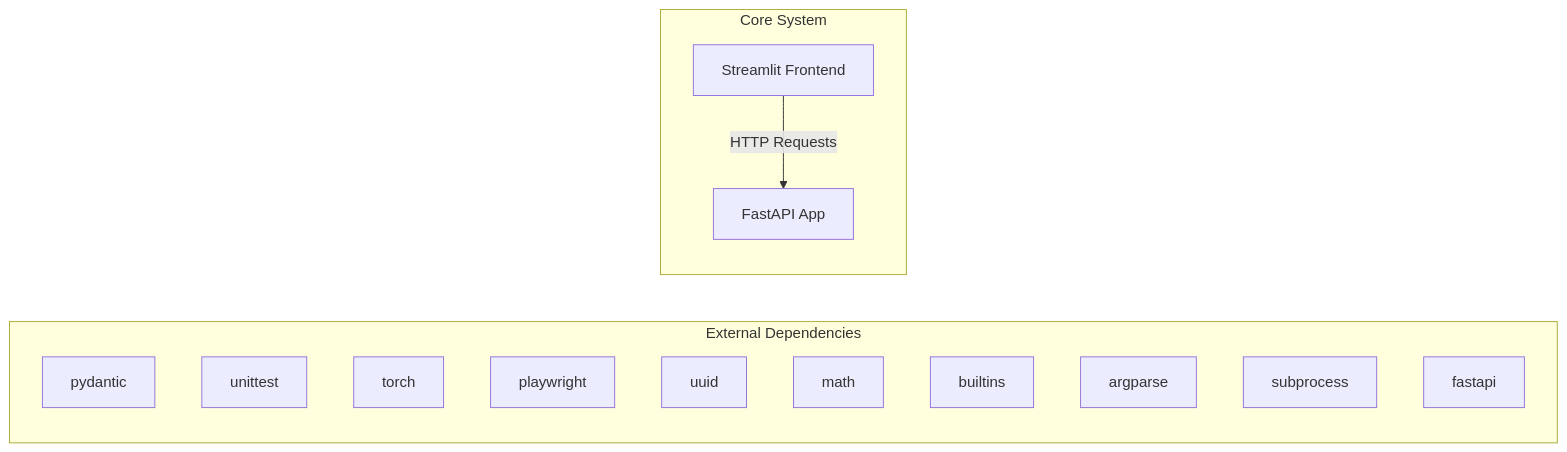
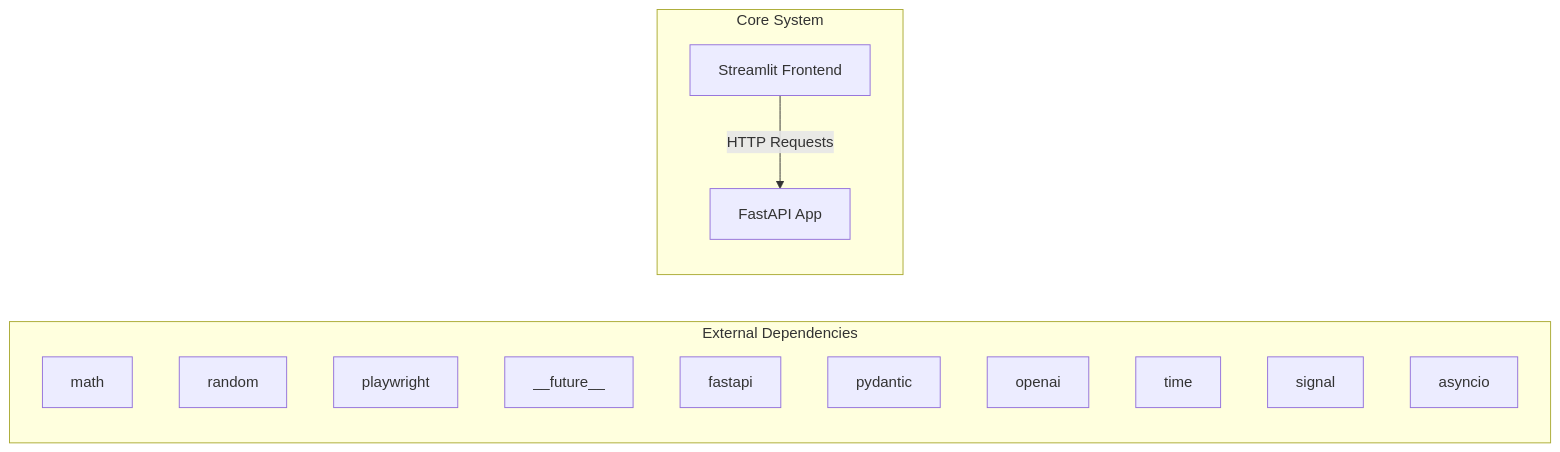
One commit to NITISH-R-G/rag-context-optimizer changed the first of 2 diagrams in docs/architecture.md. Above: the diagram before and after it, drawn with Mermaid. The commit also changed other lines of this file and 1 other file, not shown here.

Commit message:
docs: auto-update repository knowledge, architecture diagrams, and documentation

````diff
--- a/docs/architecture.md
+++ b/docs/architecture.md
@@ -7,20 +7,20 @@
 ```mermaid
 graph LR
     subgraph External Dependencies
-        E0["pydantic"]
-        E1["unittest"]
-        E2["torch"]
-        E3["playwright"]
-        E4["uuid"]
-        E5["math"]
-        E6["builtins"]
-        E7["argparse"]
-        E8["subprocess"]
-        E9["fastapi"]
+        E0["math"]
+        E1["random"]
+        E2["playwright"]
+        E3["__future__"]
+        E4["fastapi"]
+        E5["pydantic"]
+        E6["openai"]
+        E7["time"]
+        E8["signal"]
+        E9["asyncio"]
     end
     subgraph Core System
         API["FastAPI App"]
         UI["Streamlit Frontend"]
     end
     UI -->|HTTP Requests| API
 ```
````
